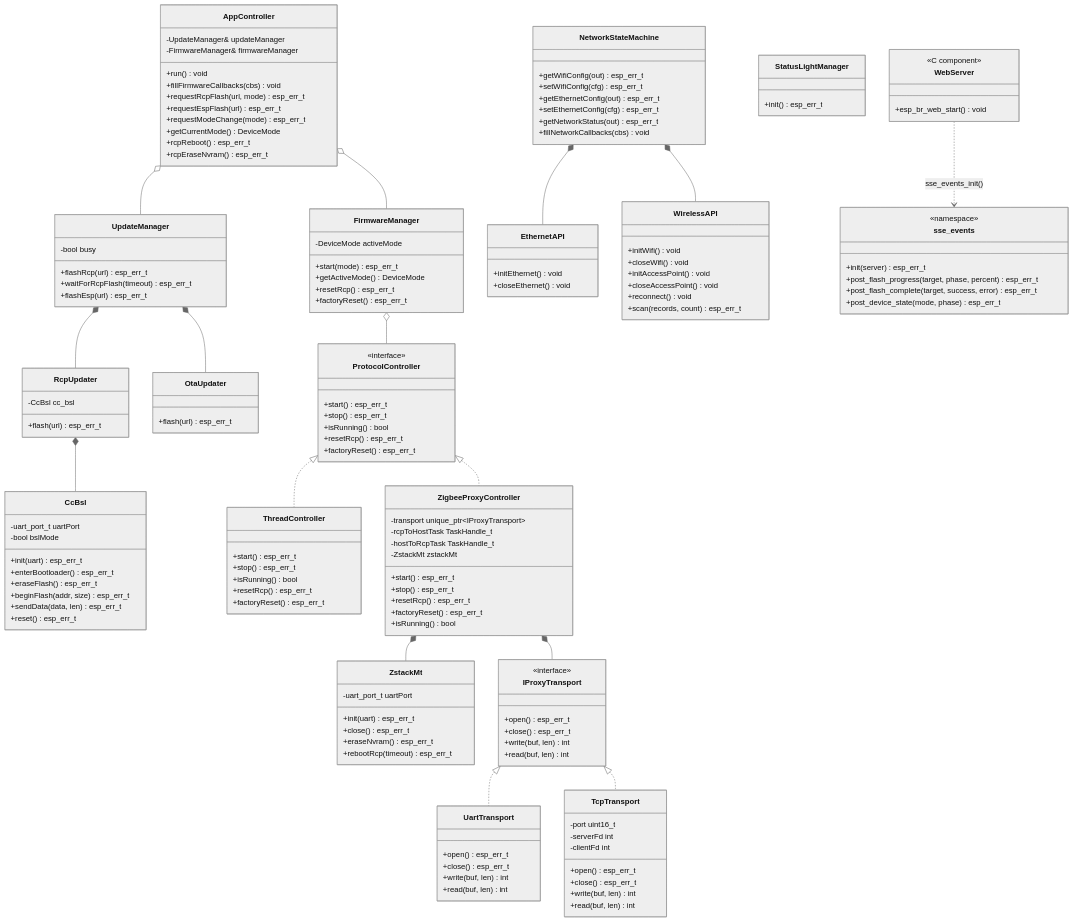
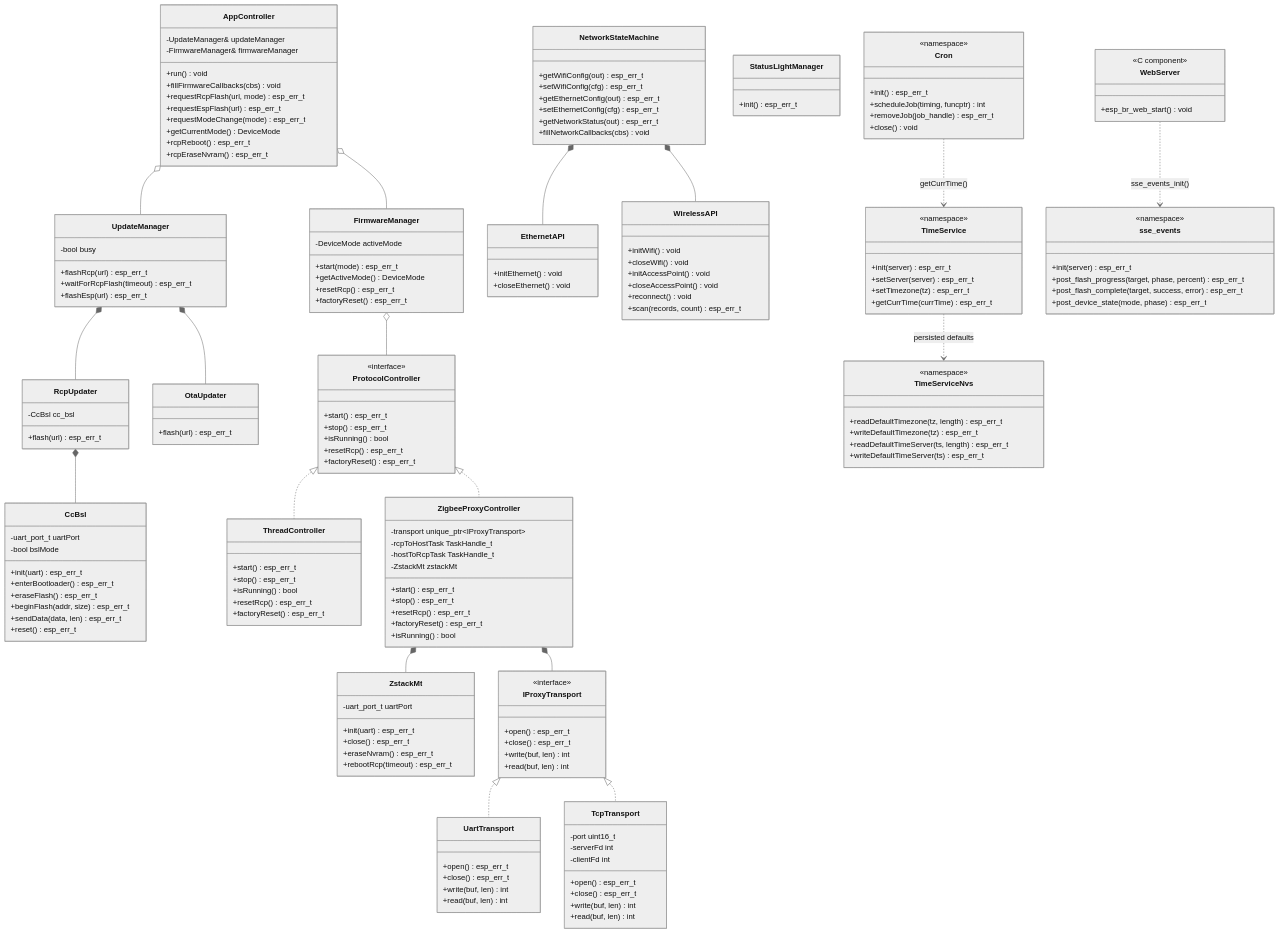
The second of 3 diagrams in README.md (codm/czc-unified), drawn with Mermaid (neutral theme) before and after one commit. The commit also changed other lines of this file and 5 other files, not shown here.

````diff
--- a/README.md
+++ b/README.md
@@ -585,6 +677,29 @@
         +init() esp_err_t
     }
 
+    class TimeService {
+        <<namespace>>
+        +init(server) esp_err_t
+        +setServer(server) esp_err_t
+        +setTimezone(tz) esp_err_t
+        +getCurrTime(currTime) esp_err_t
+    }
+    class TimeServiceNvs {
+        <<namespace>>
+        +readDefaultTimezone(tz, length) esp_err_t
+        +writeDefaultTimezone(tz) esp_err_t
+        +readDefaultTimeServer(ts, length) esp_err_t
+        +writeDefaultTimeServer(ts) esp_err_t
+    }
+
+    class Cron {
+        <<namespace>>
+        +init() esp_err_t
+        +scheduleJob(timing, funcptr) int
+        +removeJob(job_handle) esp_err_t
+        +close() void
+    }
+
     class sse_events {
         <<namespace>>
         +init(server) esp_err_t
@@ -616,4 +731,6 @@
     NetworkStateMachine *-- WirelessAPI
 
     WebServer ..> sse_events : sse_events_init()
+    TimeService ..> TimeServiceNvs : persisted defaults
+    Cron ..> TimeService : getCurrTime()
 ```
````
